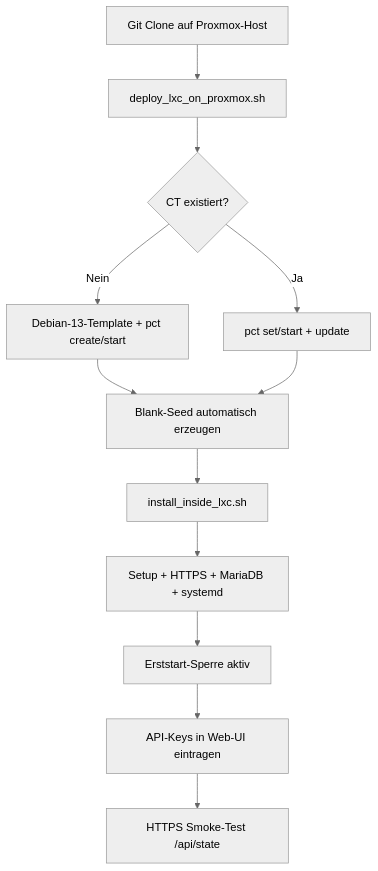
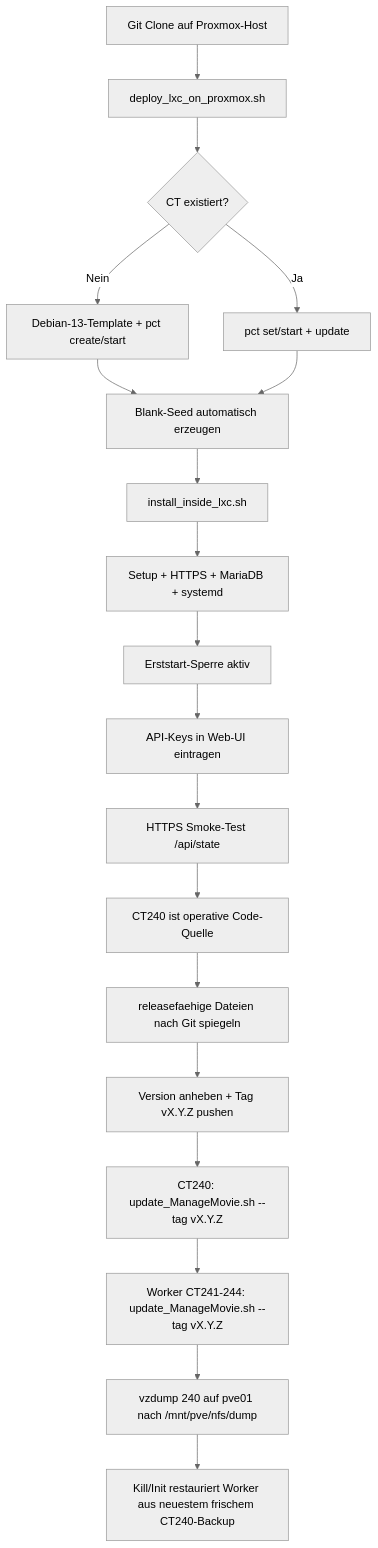
The diagram in FLOWCHART.md (paddythefish-brumm/ManageMovie-LXS), drawn with Mermaid (neutral theme) before and after one commit. The commit also changed other lines of this file and 7 other files, not shown here.

````diff
--- a/FLOWCHART.md
+++ b/FLOWCHART.md
@@ -5,14 +5,21 @@
 ```mermaid
 flowchart TD
   A["Git Clone auf Proxmox-Host"] --> B["deploy_lxc_on_proxmox.sh"]
   B --> C{"CT existiert?"}
   C -->|Nein| D["Debian-13-Template + pct create/start"]
   C -->|Ja| E["pct set/start + update"]
   D --> F["Blank-Seed automatisch erzeugen"]
   E --> F
   F --> G["install_inside_lxc.sh"]
   G --> H["Setup + HTTPS + MariaDB + systemd"]
   H --> I["Erststart-Sperre aktiv"]
   I --> J["API-Keys in Web-UI eintragen"]
   J --> K["HTTPS Smoke-Test /api/state"]
+  K --> L["CT240 ist operative Code-Quelle"]
+  L --> M["releasefaehige Dateien nach Git spiegeln"]
+  M --> N["Version anheben + Tag vX.Y.Z pushen"]
+  N --> O["CT240: update_ManageMovie.sh --tag vX.Y.Z"]
+  O --> P["Worker CT241-244: update_ManageMovie.sh --tag vX.Y.Z"]
+  P --> Q["vzdump 240 auf pve01 nach /mnt/pve/nfs/dump"]
+  Q --> R["Kill/Init restauriert Worker aus neuestem frischem CT240-Backup"]
 ```
````
